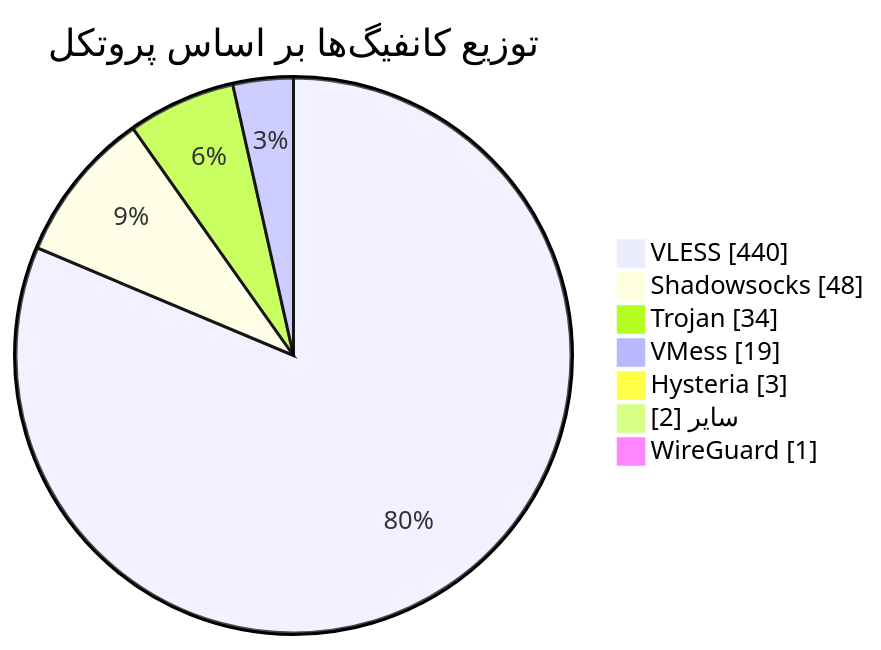
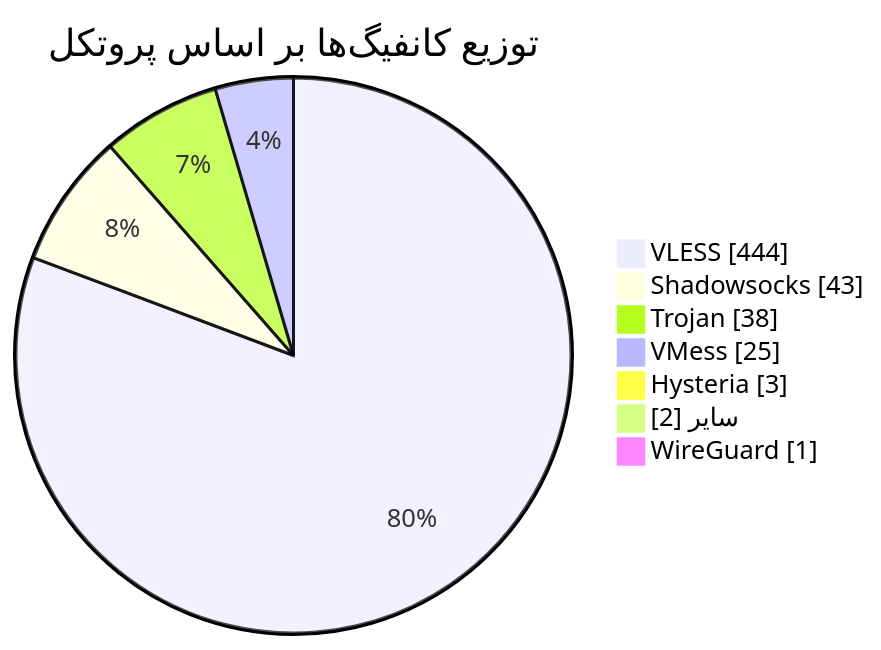
One commit to Arian-Alijani/Somthing changed the diagram in README.md. Above: the diagram before and after it, drawn with Mermaid. The commit also changed other lines of this file and 69 other files, not shown here.

````diff
--- a/README.md
+++ b/README.md
@@ -49,11 +49,11 @@
 ```mermaid
 pie showData
     title توزیع کانفیگ‌ها بر اساس پروتکل
-    "VLESS" : 440
-    "Shadowsocks" : 48
-    "Trojan" : 34
-    "VMess" : 19
+    "VLESS" : 444
+    "Shadowsocks" : 43
+    "Trojan" : 38
+    "VMess" : 25
     "Hysteria" : 3
     "سایر" : 2
     "WireGuard" : 1
 ```
````
